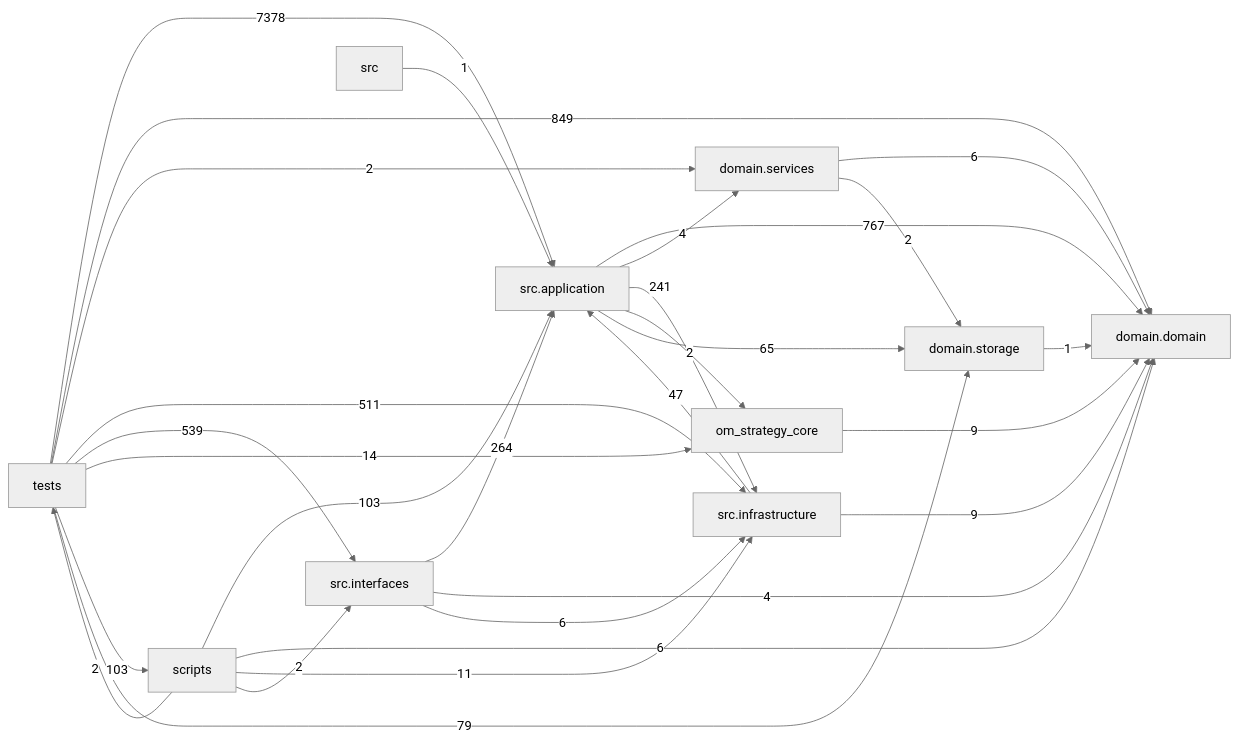
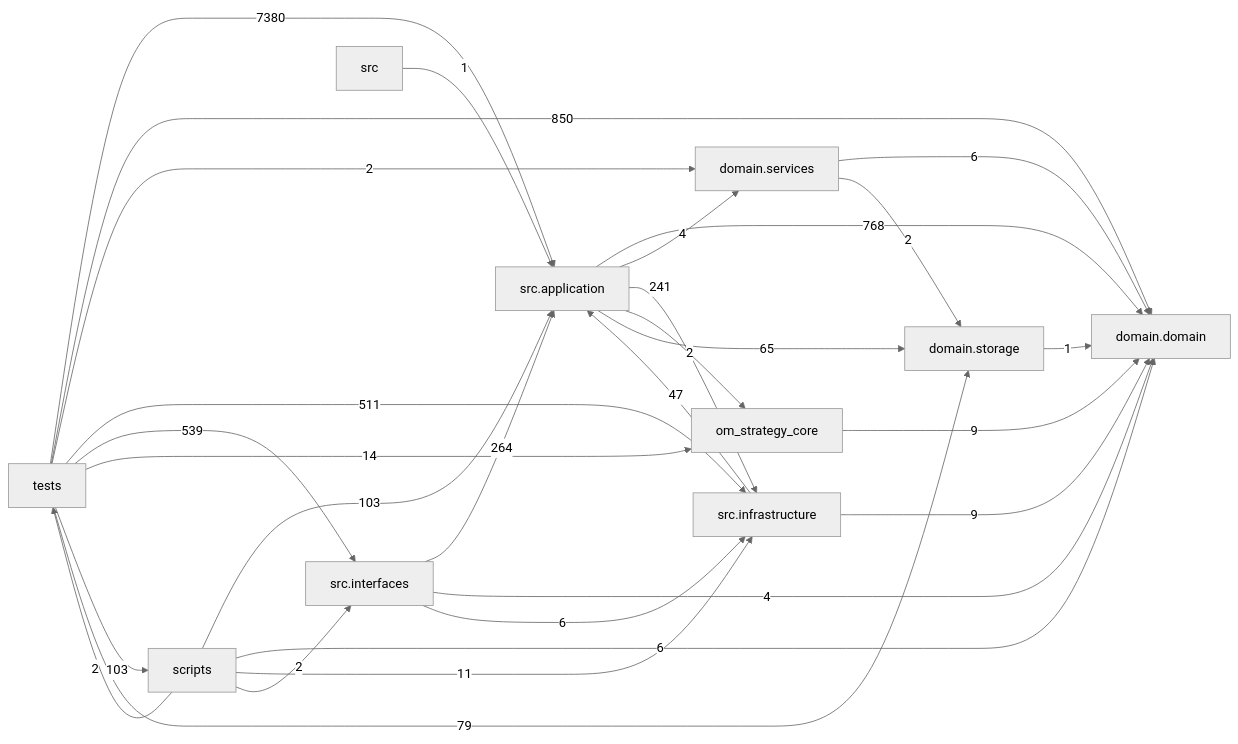
The diagram in docs/DEPENDENCY_GRAPH.md (liuxie066/options-monitor), drawn with Mermaid (neutral theme) before and after one commit. The commit also changed other lines of this file and 13 other files, not shown here.

````diff
--- a/docs/DEPENDENCY_GRAPH.md
+++ b/docs/DEPENDENCY_GRAPH.md
@@ -24,39 +24,39 @@
 ```mermaid
 flowchart LR
   tests["tests"]
   scripts["scripts"]
   interfaces["src.interfaces"]
   application["src.application"]
   infrastructure["src.infrastructure"]
   domain_services["domain.services"]
   domain["domain.domain"]
   storage["domain.storage"]
-  application -->|767| domain
+  application -->|768| domain
   application -->|4| domain_services
   application -->|241| infrastructure
   application -->|2| om_strategy_core
   application -->|65| storage
   domain_services -->|6| domain
   domain_services -->|2| storage
   infrastructure -->|47| application
   infrastructure -->|9| domain
   interfaces -->|264| application
   interfaces -->|4| domain
   interfaces -->|6| infrastructure
   om_strategy_core -->|9| domain
   scripts -->|103| application
   scripts -->|6| domain
   scripts -->|11| infrastructure
   scripts -->|2| interfaces
   scripts -->|2| tests
   src -->|1| application
   storage -->|1| domain
-  tests -->|7378| application
-  tests -->|849| domain
+  tests -->|7380| application
+  tests -->|850| domain
   tests -->|2| domain_services
   tests -->|511| infrastructure
   tests -->|539| interfaces
   tests -->|14| om_strategy_core
   tests -->|103| scripts
   tests -->|79| storage
 ```
````
